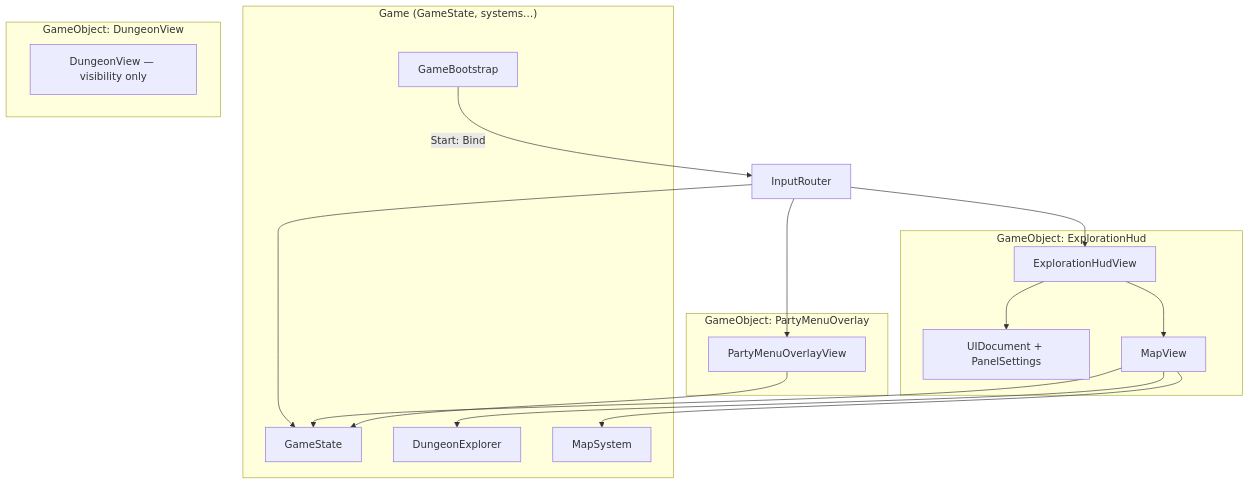
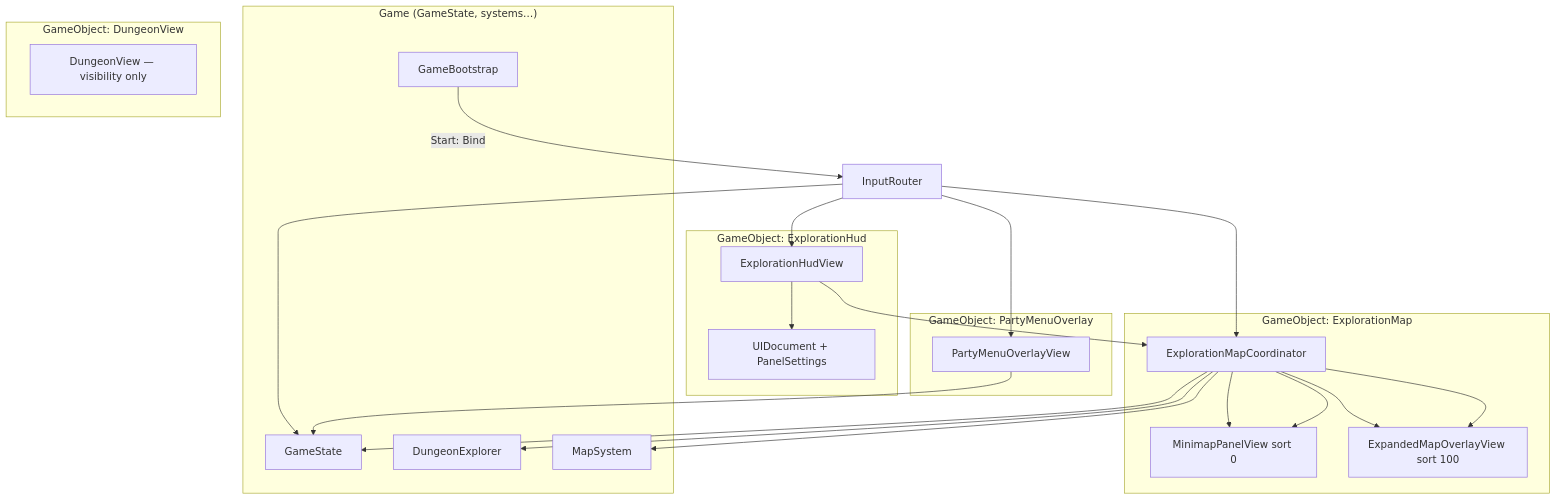
Before and after one commit to miramocha/griddungeon-design-docs: the first of 5 diagrams in docs/02-systems/exploration-ui.md, drawn with Mermaid. The commit also changed other lines of this file and 21 other files, not shown here.

First line of the commit message:
docs: exploration map split (game #244) (#33)

````diff
--- a/docs/02-systems/exploration-ui.md
+++ b/docs/02-systems/exploration-ui.md
@@ -36,36 +39,46 @@
 ```mermaid
 flowchart TB
     subgraph GameRoot["Game (GameState, systems…)"]
         GS[GameState]
         EX[DungeonExplorer]
         MS[MapSystem]
         GB[GameBootstrap]
     end
 
     subgraph ExplorationHudGO["GameObject: ExplorationHud"]
         DOC[UIDocument + PanelSettings]
         EHV[ExplorationHudView]
-        MV[MapView]
+    end
+
+    subgraph ExplorationMapGO["GameObject: ExplorationMap"]
+        EMC[ExplorationMapCoordinator]
+        MM[MinimapPanelView sort 0]
+        EXP[ExpandedMapOverlayView sort 100]
+        EMC --> MM
+        EMC --> EXP
     end
 
     subgraph PartyMenuGO["GameObject: PartyMenuOverlay"]
         PMO[PartyMenuOverlayView]
     end
 
     subgraph World["GameObject: DungeonView"]
         DV[DungeonView — visibility only]
     end
 
     IR[InputRouter]
 
     GB -->|Start: Bind| IR
     IR --> GS
     EHV --> DOC
-    EHV --> MV
-    MV --> GS
-    MV --> EX
-    MV --> MS
+    EHV --> EMC
+    EMC --> GS
+    EMC --> EX
+    EMC --> MS
+    EMC --> MM
+    EMC --> EXP
     PMO --> GS
     IR --> EHV
+    IR --> EMC
     IR --> PMO
 ```
````
